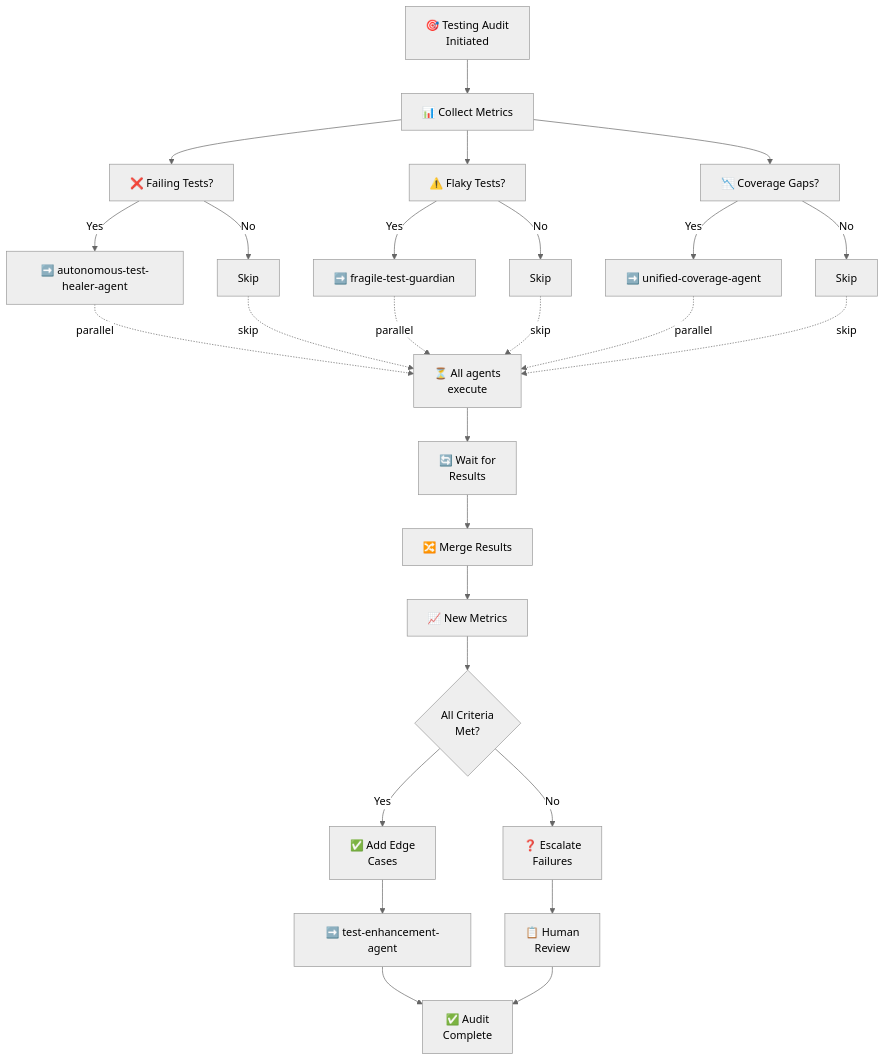
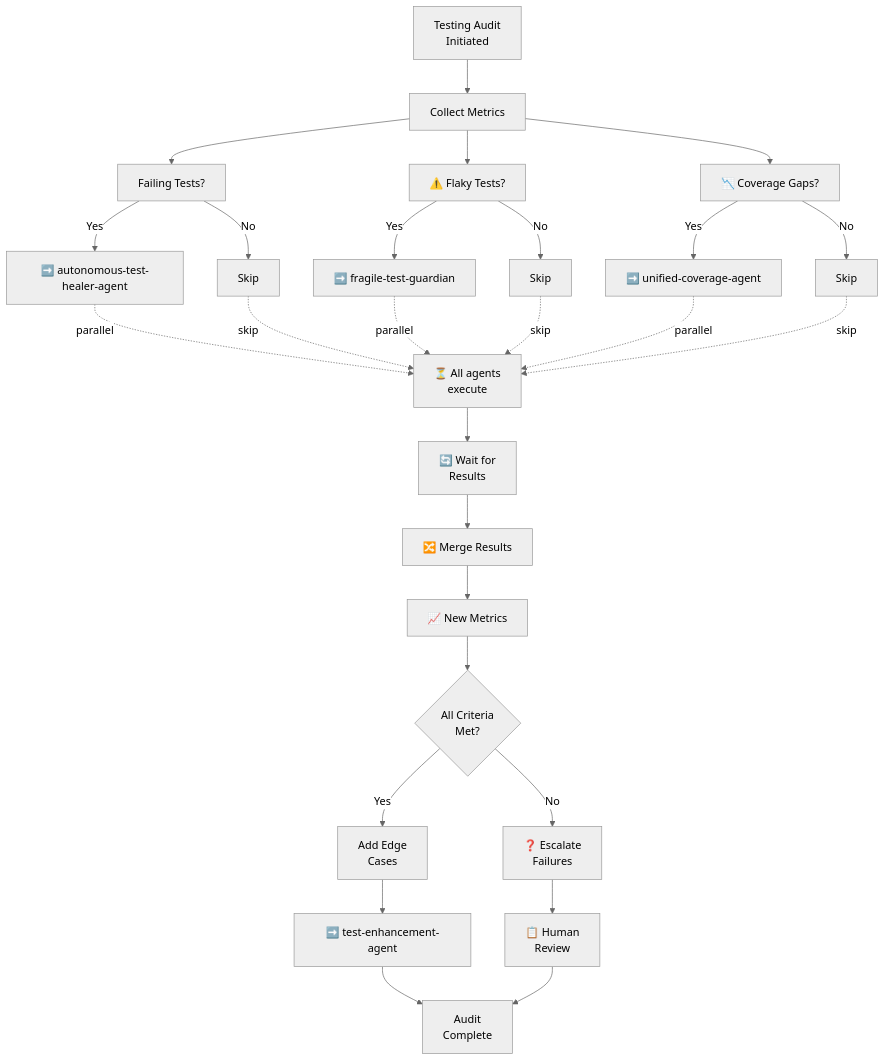
One commit to Aries-Serpent/_codex_ changed the fourth of 10 diagrams in docs/agent/CUSTOM_AGENT_COORDINATION_WORKFLOWS.md. Above: the diagram before and after it, drawn with Mermaid (neutral theme). The commit also changed other lines of this file and 2029 other files, not shown here.

````diff
--- a/docs/agent/CUSTOM_AGENT_COORDINATION_WORKFLOWS.md
+++ b/docs/agent/CUSTOM_AGENT_COORDINATION_WORKFLOWS.md
@@ -191,41 +193,41 @@
 ```mermaid
 graph TD
-    A["🎯 Testing Audit<br/>Initiated"] --> B["📊 Collect Metrics"]
+    A[" Testing Audit<br/>Initiated"] --> B[" Collect Metrics"]
 
-    B --> C["❌ Failing Tests?"]
+    B --> C[" Failing Tests?"]
     B --> D["⚠️ Flaky Tests?"]
     B --> E["📉 Coverage Gaps?"]
 
     C -->|Yes| C1["➡️ autonomous-test-healer-agent"]
     C -->|No| C2["Skip"]
 
     D -->|Yes| D1["➡️ fragile-test-guardian"]
     D -->|No| D2["Skip"]
 
     E -->|Yes| E1["➡️ unified-coverage-agent"]
     E -->|No| E2["Skip"]
 
     C1 -.->|parallel| X["⏳ All agents<br/>execute"]
     D1 -.->|parallel| X
     E1 -.->|parallel| X
     C2 -.->|skip| X
     D2 -.->|skip| X
     E2 -.->|skip| X
 
     X --> F["🔄 Wait for<br/>Results"]
 
     F --> G["🔀 Merge Results"]
 
     G --> H["📈 New Metrics"]
 
     H --> I{All Criteria<br/>Met?}
 
-    I -->|Yes| J["✅ Add Edge<br/>Cases"]
+    I -->|Yes| J[" Add Edge<br/>Cases"]
     I -->|No| K["❓ Escalate<br/>Failures"]
 
     J --> L["➡️ test-enhancement-agent"]
     K --> M["📋 Human<br/>Review"]
 
-    L --> N["✅ Audit<br/>Complete"]
+    L --> N[" Audit<br/>Complete"]
     M --> N
 ```
````
